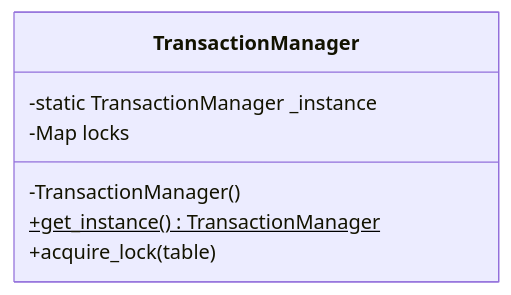
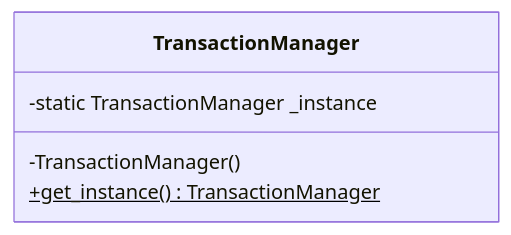
Before and after one commit to TamBui1706/DBMS: the first of 20 diagrams in DPSuggest.md, drawn with Mermaid. The commit also changed other lines of this file, not shown here.

Commit message:
table Design Patterns

````diff
--- a/DPSuggest.md
+++ b/DPSuggest.md
@@ -99,10 +84,8 @@
 ```mermaid
 classDiagram
     class TransactionManager {
         -static TransactionManager _instance
-        -Map locks
         -TransactionManager()
         +get_instance()$ TransactionManager
-        +acquire_lock(table)
     }
 ```
````
